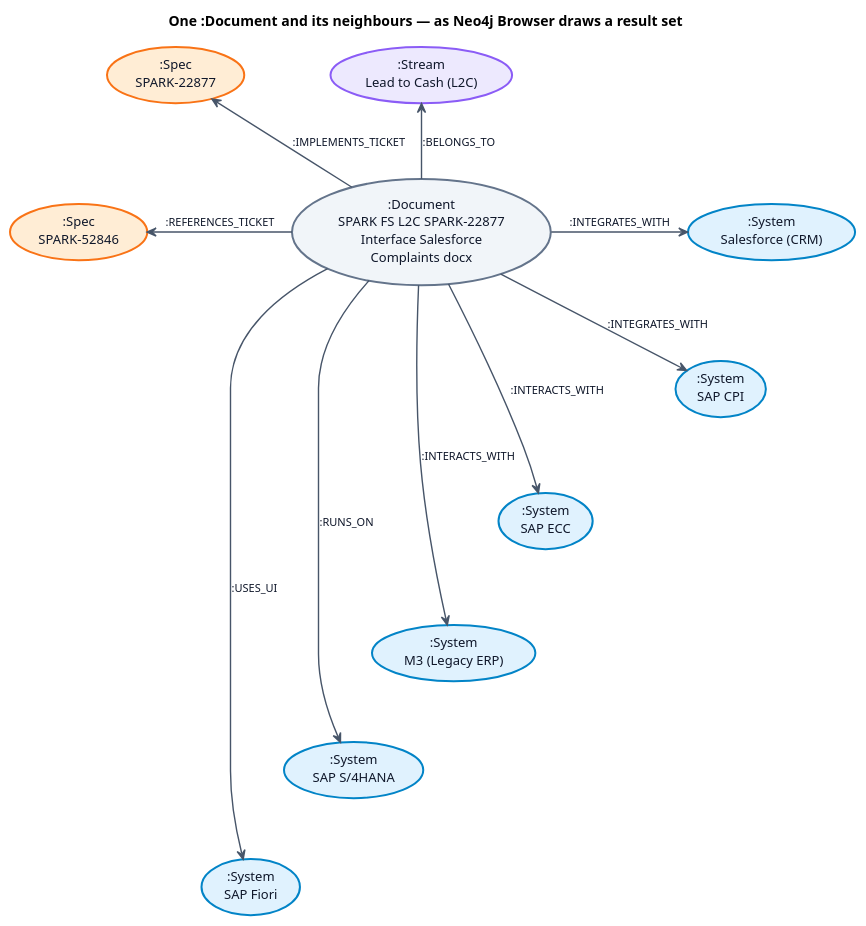
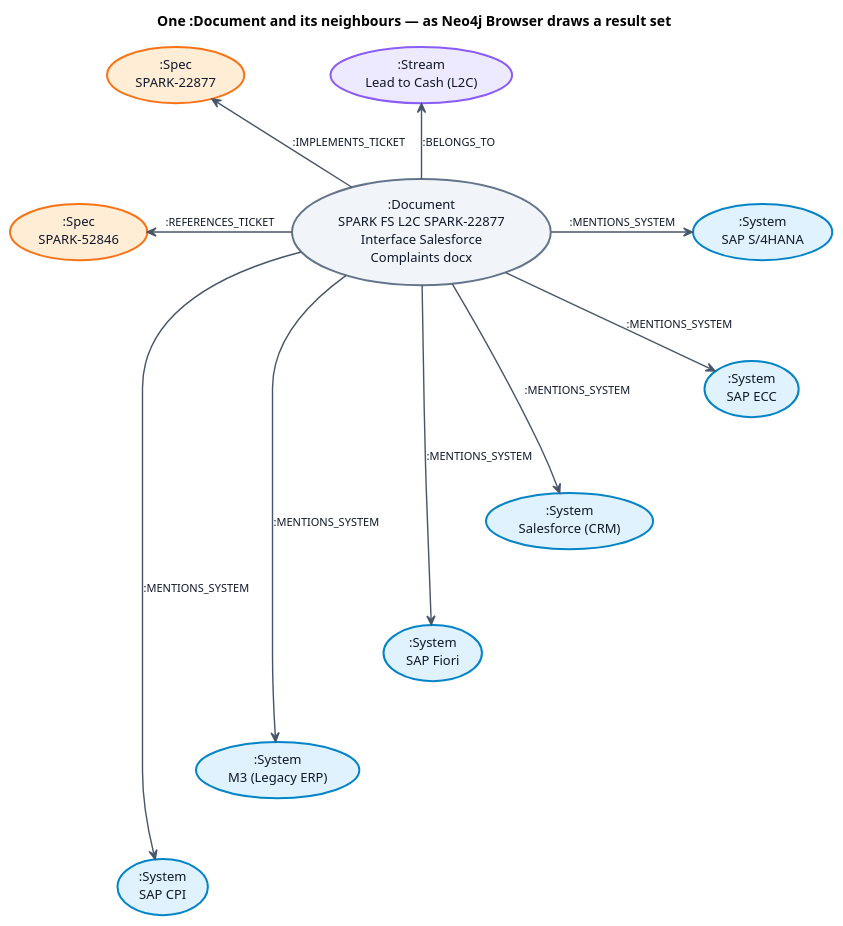
The diagram in docs/kg-neo4j-instance.puml (spalanivelu1989/docling-studio), drawn with PlantUML before and after one commit. The commit also changed 123 other files, not shown here.

```diff
--- a/docs/kg-neo4j-instance.puml
+++ b/docs/kg-neo4j-instance.puml
@@ -1,50 +1,50 @@
 @startuml kg-neo4j-instance
 title One :Document and its neighbours — as Neo4j Browser draws a result set
 
 skinparam backgroundColor #FFFFFF
 skinparam shadowing false
 skinparam defaultTextAlignment center
 skinparam ArrowColor #475569
 skinparam ArrowFontColor #0F172A
 skinparam ArrowFontSize 11
 skinparam ArrowThickness 1.4
 skinparam usecase {
   FontColor #0F172A
   FontSize 13
   BorderThickness 2
 }
 skinparam note {
   BackgroundColor #FFFFFF
   BorderColor #CBD5E1
   FontColor #334155
   FontSize 10
 }
 
 usecase ":Document\nSPARK FS L2C SPARK-22877\nInterface Salesforce\nComplaints docx" as DOC #F1F5F9;line:64748B
 usecase ":Stream\nLead to Cash (L2C)" as STREAM0 #EDE9FE;line:8B5CF6
 usecase ":Spec\nSPARK-22877" as SPEC1 #FFEDD5;line:F97316
-usecase ":System\nSalesforce (CRM)" as SYSTEM2 #E0F2FE;line:0284C7
-usecase ":System\nSAP CPI" as SYSTEM3 #E0F2FE;line:0284C7
-usecase ":System\nSAP ECC" as SYSTEM4 #E0F2FE;line:0284C7
-usecase ":System\nM3 (Legacy ERP)" as SYSTEM5 #E0F2FE;line:0284C7
-usecase ":Spec\nSPARK-52846" as SPEC6 #FFEDD5;line:F97316
-usecase ":System\nSAP S/4HANA" as SYSTEM7 #E0F2FE;line:0284C7
-usecase ":System\nSAP Fiori" as SYSTEM8 #E0F2FE;line:0284C7
+usecase ":System\nSAP S/4HANA" as SYSTEM2 #E0F2FE;line:0284C7
+usecase ":System\nSAP ECC" as SYSTEM3 #E0F2FE;line:0284C7
+usecase ":System\nSalesforce (CRM)" as SYSTEM4 #E0F2FE;line:0284C7
+usecase ":System\nSAP Fiori" as SYSTEM5 #E0F2FE;line:0284C7
+usecase ":System\nM3 (Legacy ERP)" as SYSTEM6 #E0F2FE;line:0284C7
+usecase ":System\nSAP CPI" as SYSTEM7 #E0F2FE;line:0284C7
+usecase ":Spec\nSPARK-52846" as SPEC8 #FFEDD5;line:F97316
 
-SPEC1 -[hidden]down- SPEC6
+SPEC1 -[hidden]down- SPEC8
 SYSTEM2 -[hidden]down- SYSTEM3
 SYSTEM3 -[hidden]down- SYSTEM4
 SYSTEM4 -[hidden]down- SYSTEM5
-SYSTEM5 -[hidden]down- SYSTEM7
-SYSTEM7 -[hidden]down- SYSTEM8
+SYSTEM5 -[hidden]down- SYSTEM6
+SYSTEM6 -[hidden]down- SYSTEM7
 
 DOC -up-> STREAM0 : ":BELONGS_TO"
 DOC -left-> SPEC1 : ":IMPLEMENTS_TICKET"
-DOC -left-> SPEC6 : ":REFERENCES_TICKET"
-DOC -right-> SYSTEM2 : ":INTEGRATES_WITH"
-DOC -right-> SYSTEM3 : ":INTEGRATES_WITH"
-DOC -right-> SYSTEM4 : ":INTERACTS_WITH"
-DOC -right-> SYSTEM5 : ":INTERACTS_WITH"
-DOC -right-> SYSTEM7 : ":RUNS_ON"
-DOC -right-> SYSTEM8 : ":USES_UI"
+DOC -left-> SPEC8 : ":REFERENCES_TICKET"
+DOC -right-> SYSTEM2 : ":MENTIONS_SYSTEM"
+DOC -right-> SYSTEM3 : ":MENTIONS_SYSTEM"
+DOC -right-> SYSTEM4 : ":MENTIONS_SYSTEM"
+DOC -right-> SYSTEM5 : ":MENTIONS_SYSTEM"
+DOC -right-> SYSTEM6 : ":MENTIONS_SYSTEM"
+DOC -right-> SYSTEM7 : ":MENTIONS_SYSTEM"
 @enduml
```
